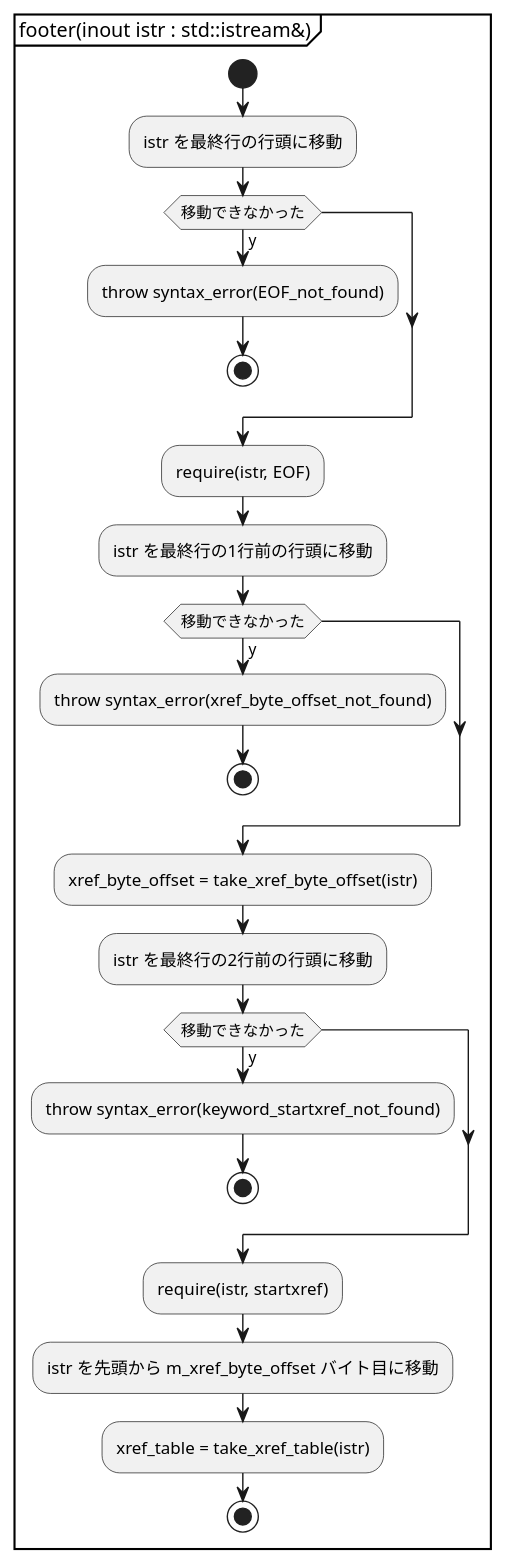
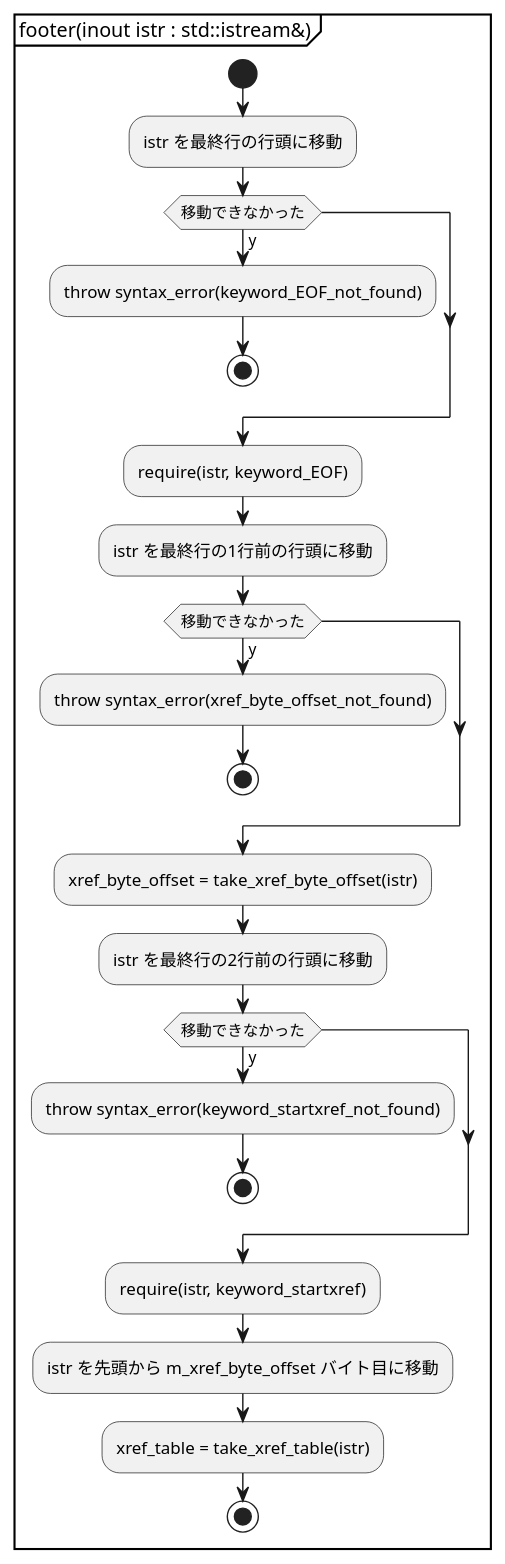
One commit to KodaiYM/PDFReader changed the third of 11 diagrams in document/parser.activity.pu. Above: the diagram before and after it, drawn with PlantUML. The commit also changed other lines of this file and 8 other files, not shown here.

```diff
--- a/document/parser.activity.pu
+++ b/document/parser.activity.pu
@@ -21,27 +21,27 @@
 @startuml footer
 partition "footer(inout istr : std::istream&)" {
 start
 	:istr を最終行の行頭に移動;
 	if (移動できなかった) then (y)
-		:throw syntax_error(EOF_not_found);
+		:throw syntax_error(keyword_EOF_not_found);
 		stop
 	endif
-	:require(istr, EOF);
+	:require(istr, keyword_EOF);
 	:istr を最終行の1行前の行頭に移動;
 	if (移動できなかった) then (y)
 		:throw syntax_error(xref_byte_offset_not_found);
 		stop
 	endif
 	:xref_byte_offset = take_xref_byte_offset(istr);
 	:istr を最終行の2行前の行頭に移動;
 	if (移動できなかった) then (y)
 		:throw syntax_error(keyword_startxref_not_found);
 		stop
 	endif
-	:require(istr, startxref);
+	:require(istr, keyword_startxref);
 
 	:istr を先頭から m_xref_byte_offset バイト目に移動;
 	:xref_table = take_xref_table(istr);
 stop
 }
 @enduml
```
